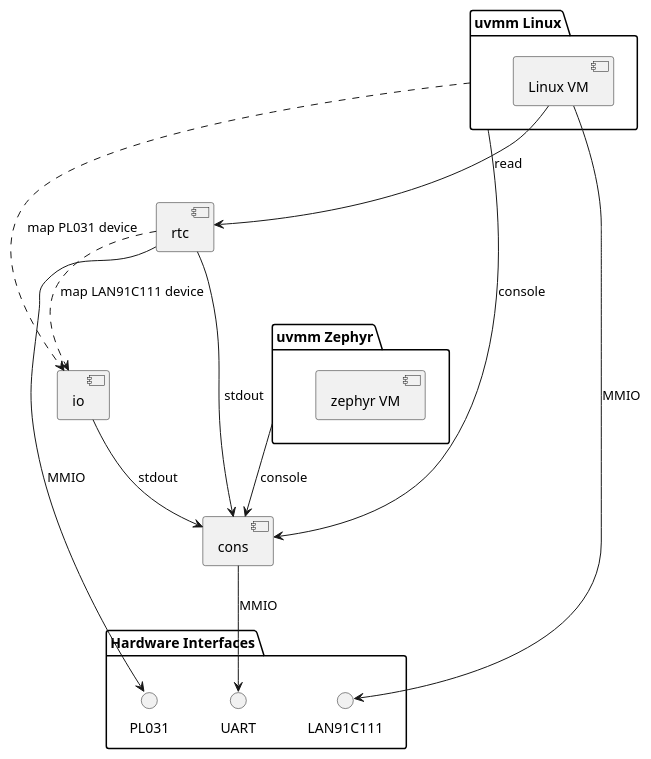
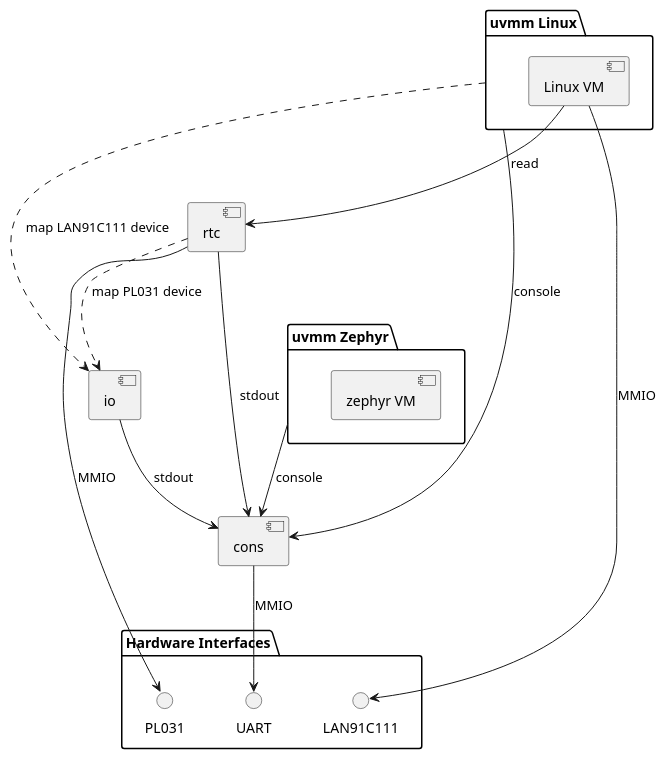
The diagram in src/demos/linux+zephyr-vm.rst (l4re/l4re.org), drawn with PlantUML before and after one commit. The commit also changed 3 other files, not shown here.

```diff
--- a/src/demos/linux+zephyr-vm.rst
+++ b/src/demos/linux+zephyr-vm.rst
@@ -10,30 +10,30 @@
 .. uml::
 
    package "uvmm Zephyr" as vm1 {
      [zephyr VM]
    }
 
    package "uvmm Linux" as vm2 {
      [Linux VM]
    }
 
-   [rtc] ..> [io] : map LAN91C111 device
-   vm2 ..> [io] : map PL031 device
+   [rtc] ..> [io] : map PL031 device
+   vm2 ..> [io] : map LAN91C111 device
 
    package "Hardware Interfaces" {
    interface UART
    interface PL031
    interface LAN91C111
    }
 
    [cons] --> UART : MMIO
    [io] --> [cons] : stdout
 
    [rtc] --> [cons] : stdout
    [rtc] --> PL031 : MMIO
 
    vm1 --> [cons] : console
 
    vm2 --> [cons] : console
    [Linux VM] --> [rtc] : read
    [Linux VM] --> LAN91C111 : MMIO
```
